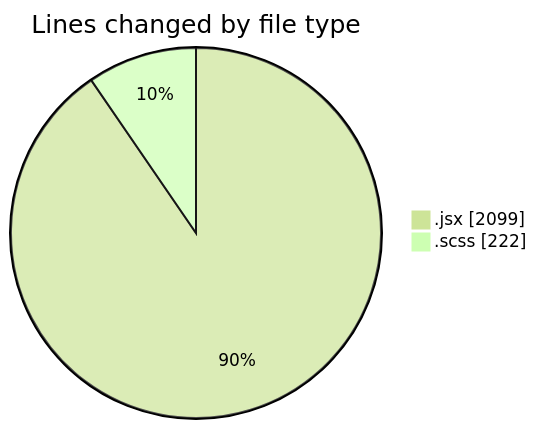
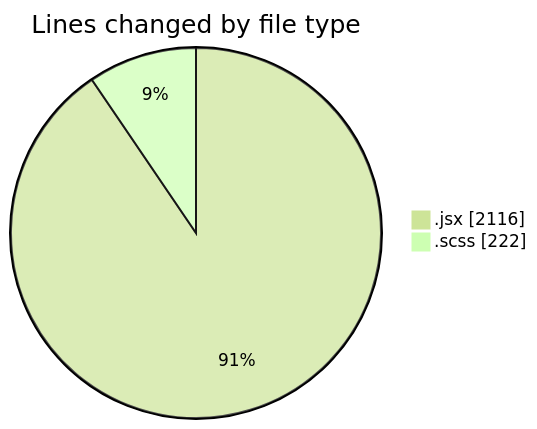
Before and after one commit to momahboobian/code-tracking: the first of 2 diagrams in 2026-09-02/cda/README.md, drawn with Mermaid (forest theme). The commit also changed other lines of this file and 1 other file, not shown here.

````diff
--- a/2026-09-02/cda/README.md
+++ b/2026-09-02/cda/README.md
@@ -27,6 +27,6 @@
 ```mermaid
 pie showData
 title Lines changed by file type
-".jsx" : 2099
+".jsx" : 2116
 ".scss" : 222
 ```
````
